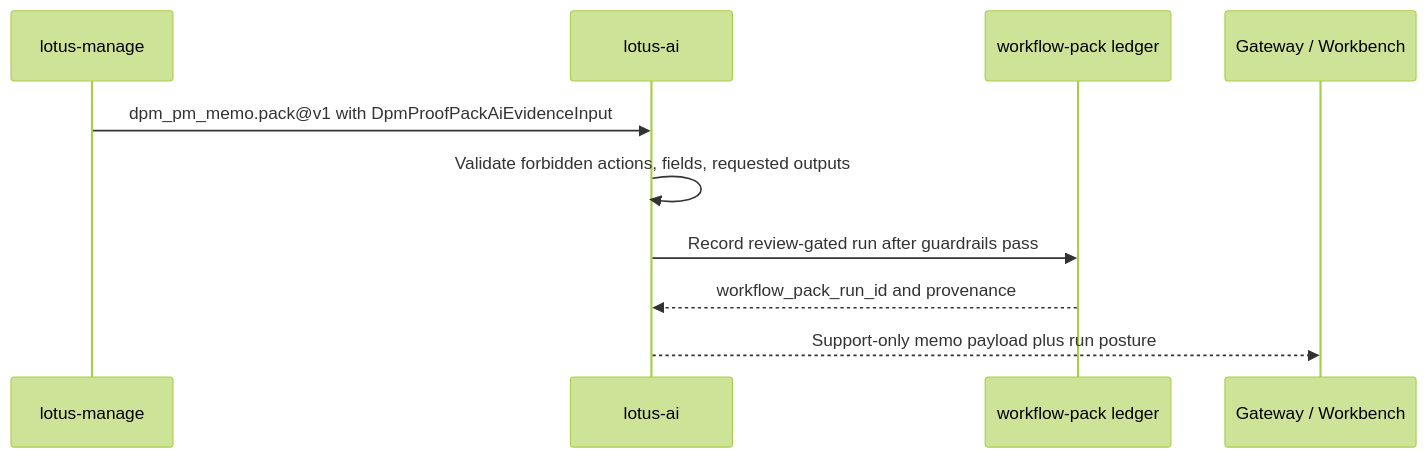
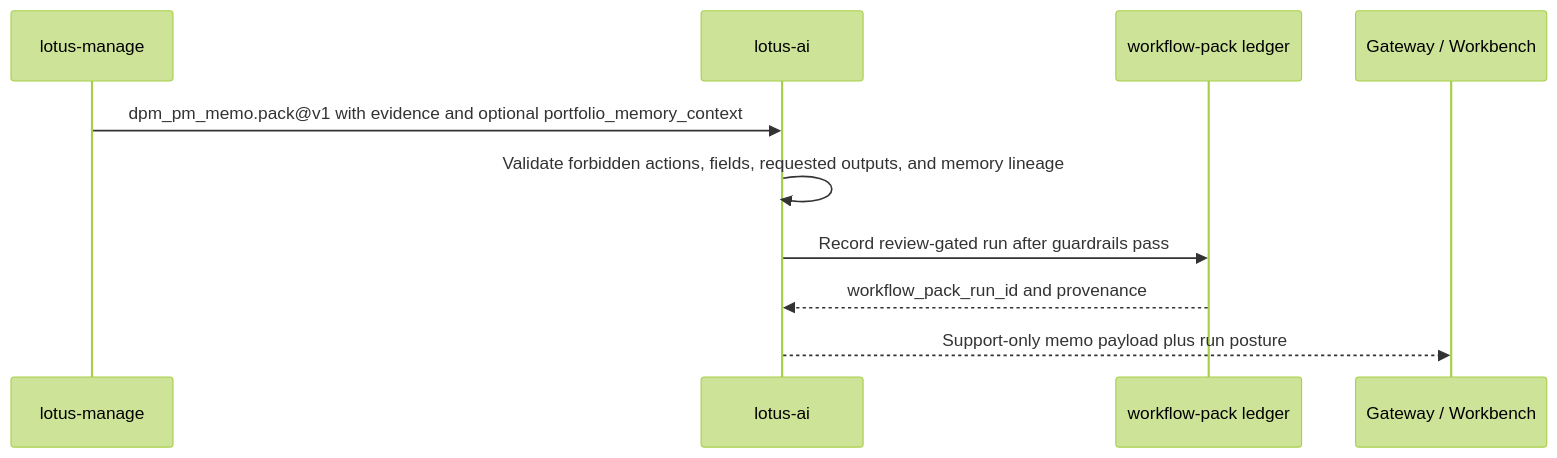
One commit to sgajbi/lotus-ai changed the diagram in wiki/Integrations.md. Above: the diagram before and after it, drawn with Mermaid (forest theme). The commit also changed other lines of this file and 16 other files, not shown here.

Commit message:
Consume DPM portfolio memory in AI packs

````diff
--- a/wiki/Integrations.md
+++ b/wiki/Integrations.md
@@ -185,12 +190,12 @@
 ```mermaid
 sequenceDiagram
     participant Manage as lotus-manage
     participant AI as lotus-ai
     participant Ledger as workflow-pack ledger
     participant UI as Gateway / Workbench
-    Manage->>AI: dpm_pm_memo.pack@v1 with DpmProofPackAiEvidenceInput
-    AI->>AI: Validate forbidden actions, fields, requested outputs
+    Manage->>AI: dpm_pm_memo.pack@v1 with evidence and optional portfolio_memory_context
+    AI->>AI: Validate forbidden actions, fields, requested outputs, and memory lineage
     AI->>Ledger: Record review-gated run after guardrails pass
     Ledger-->>AI: workflow_pack_run_id and provenance
     AI-->>UI: Support-only memo payload plus run posture
 ```
````
